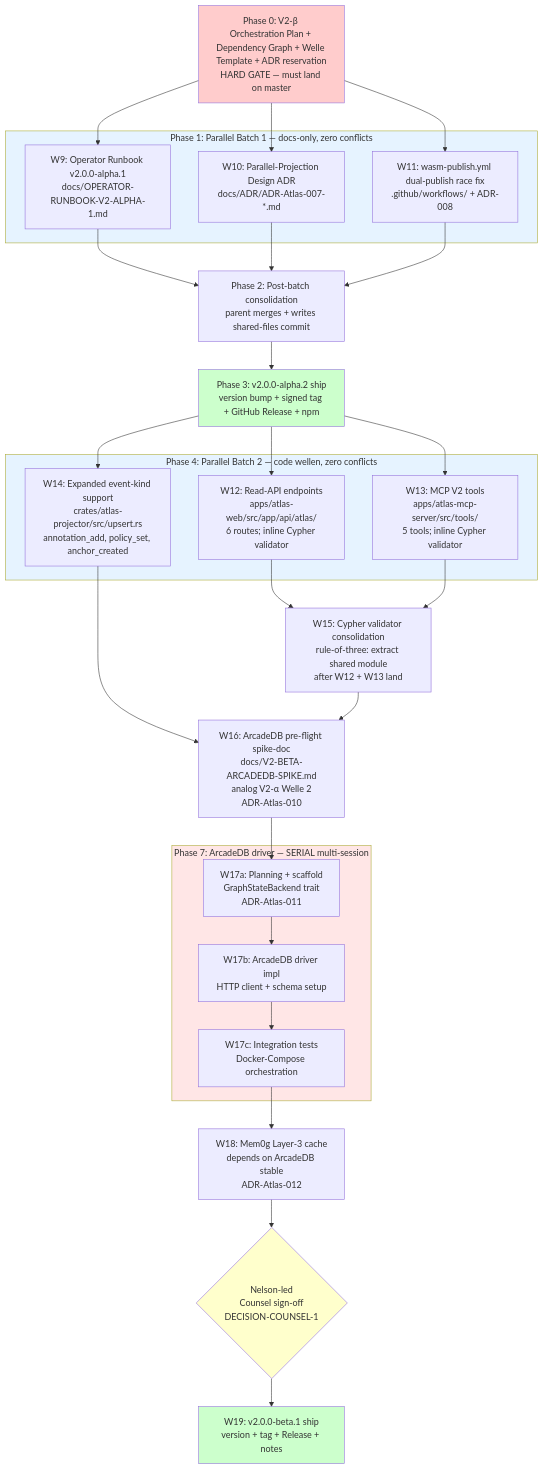
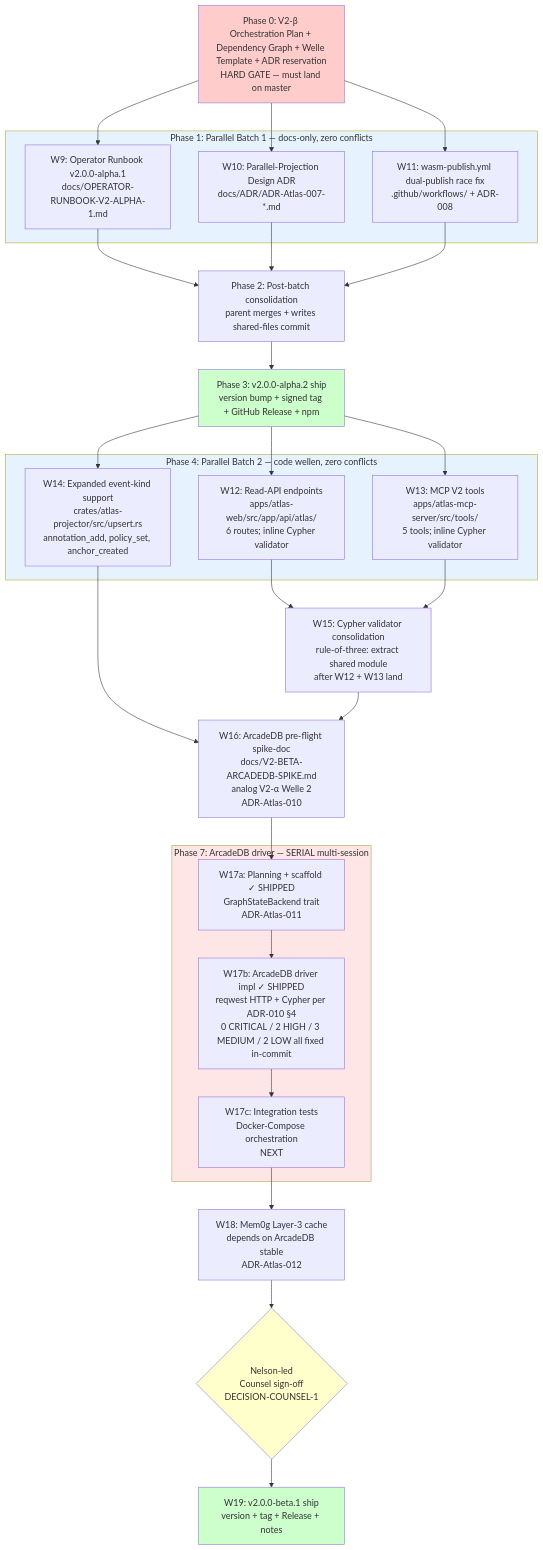
Before and after one commit to ThePyth0nKid/atlas: the diagram in docs/V2-BETA-DEPENDENCY-GRAPH.md, drawn with Mermaid. The commit also changed 5 other files, not shown here.

````diff
--- a/docs/V2-BETA-DEPENDENCY-GRAPH.md
+++ b/docs/V2-BETA-DEPENDENCY-GRAPH.md
@@ -8,65 +8,65 @@
 ```mermaid
 graph TD
     Phase0[Phase 0: V2-β Orchestration Plan + Dependency Graph + Welle Template + ADR reservation<br/>HARD GATE — must land on master]
 
     Phase0 --> W9
     Phase0 --> W10
     Phase0 --> W11
 
     subgraph PB1[Phase 1: Parallel Batch 1 — docs-only, zero conflicts]
         W9[W9: Operator Runbook v2.0.0-alpha.1<br/>docs/OPERATOR-RUNBOOK-V2-ALPHA-1.md]
         W10[W10: Parallel-Projection Design ADR<br/>docs/ADR/ADR-Atlas-007-*.md]
         W11[W11: wasm-publish.yml dual-publish race fix<br/>.github/workflows/ + ADR-008]
     end
 
     W9 --> Phase2[Phase 2: Post-batch consolidation<br/>parent merges + writes shared-files commit]
     W10 --> Phase2
     W11 --> Phase2
 
     Phase2 --> Phase3[Phase 3: v2.0.0-alpha.2 ship<br/>version bump + signed tag + GitHub Release + npm]
 
     Phase3 --> W12
     Phase3 --> W13
     Phase3 --> W14
 
     subgraph PB2[Phase 4: Parallel Batch 2 — code wellen, zero conflicts]
         W12[W12: Read-API endpoints<br/>apps/atlas-web/src/app/api/atlas/<br/>6 routes; inline Cypher validator]
         W13[W13: MCP V2 tools<br/>apps/atlas-mcp-server/src/tools/<br/>5 tools; inline Cypher validator]
         W14[W14: Expanded event-kind support<br/>crates/atlas-projector/src/upsert.rs<br/>annotation_add, policy_set, anchor_created]
     end
 
     W12 --> W15
     W13 --> W15
 
     W15[W15: Cypher validator consolidation<br/>rule-of-three: extract shared module<br/>after W12 + W13 land]
 
     W14 --> W16
     W15 --> W16
 
     W16[W16: ArcadeDB pre-flight spike-doc<br/>docs/V2-BETA-ARCADEDB-SPIKE.md<br/>analog V2-α Welle 2<br/>ADR-Atlas-010]
 
     W16 --> W17a
 
     subgraph PB3[Phase 7: ArcadeDB driver — SERIAL multi-session]
-        W17a[W17a: Planning + scaffold<br/>GraphStateBackend trait<br/>ADR-Atlas-011]
-        W17b[W17b: ArcadeDB driver impl<br/>HTTP client + schema setup]
-        W17c[W17c: Integration tests<br/>Docker-Compose orchestration]
+        W17a[W17a: Planning + scaffold ✓ SHIPPED<br/>GraphStateBackend trait<br/>ADR-Atlas-011]
+        W17b[W17b: ArcadeDB driver impl ✓ SHIPPED<br/>reqwest HTTP + Cypher per ADR-010 §4<br/>0 CRITICAL / 2 HIGH / 3 MEDIUM / 2 LOW all fixed in-commit]
+        W17c[W17c: Integration tests<br/>Docker-Compose orchestration<br/>NEXT]
     end
 
     W17a --> W17b
     W17b --> W17c
 
     W17c --> W18[W18: Mem0g Layer-3 cache<br/>depends on ArcadeDB stable<br/>ADR-Atlas-012]
 
     W18 --> CounselGate{Nelson-led<br/>Counsel sign-off<br/>DECISION-COUNSEL-1}
 
     CounselGate --> W19[W19: v2.0.0-beta.1 ship<br/>version + tag + Release + notes]
 
     style Phase0 fill:#ffcccc
     style Phase3 fill:#ccffcc
     style W19 fill:#ccffcc
     style CounselGate fill:#ffffcc
     style PB1 fill:#e6f3ff
     style PB2 fill:#e6f3ff
     style PB3 fill:#ffe6e6
 ```
````
